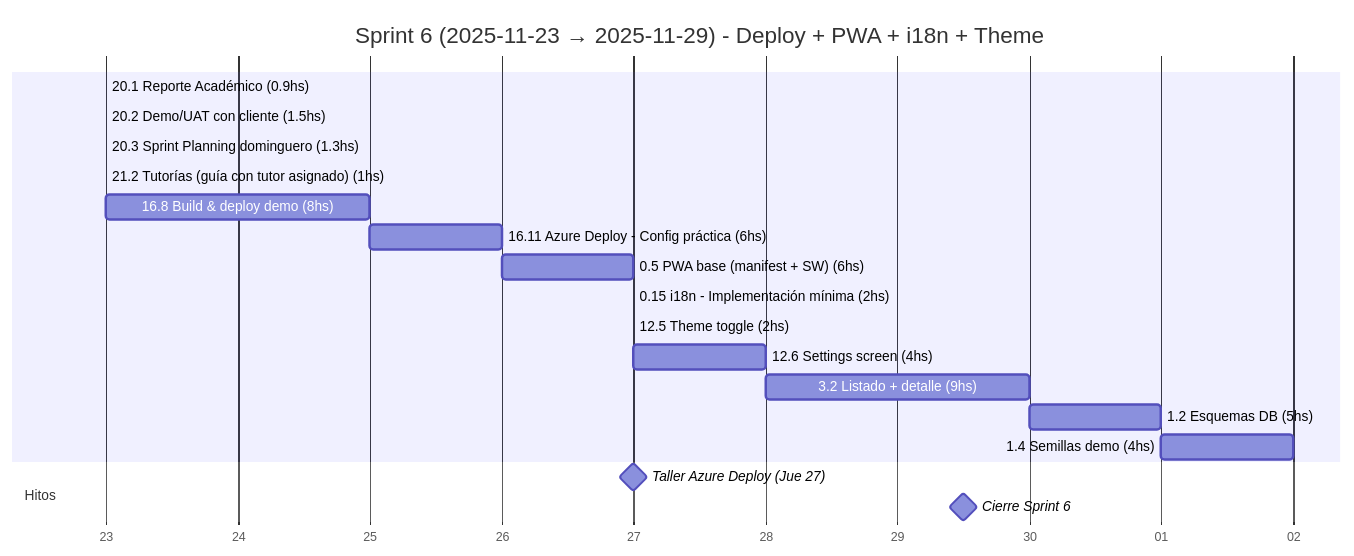
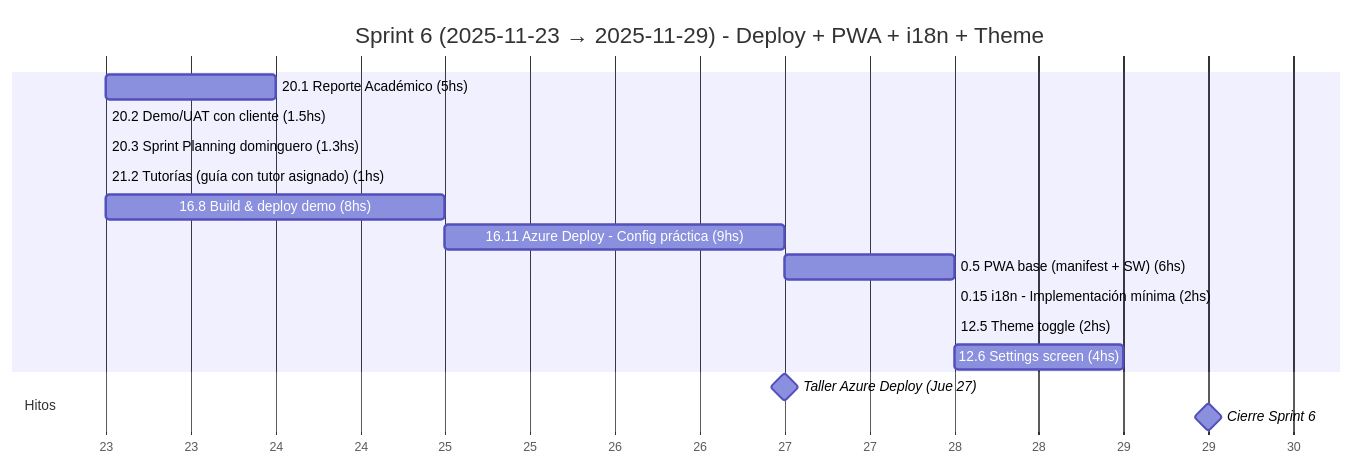
Before and after one commit to MarkMed/FleetMan: the seventh of 19 diagrams in docs/SprintsGantts.md, drawn with Mermaid. The commit also changed other lines of this file and 2 other files, not shown here.

Commit message:
fix: update estimated hours and notes for Sprint #6 and WBS tasks to reflect accurate planning and recommendations

````diff
--- a/docs/SprintsGantts.md
+++ b/docs/SprintsGantts.md
@@ -181,27 +181,24 @@
 ```mermaid
 gantt
   title Sprint 6 (2025-11-23 → 2025-11-29) - Deploy + PWA + i18n + Theme
   dateFormat  YYYY-MM-DD
   axisFormat  %d
 
   %% Asumimos 5 h/día. Horas estimadas incluidas en el nombre.
-  %% ⚠️ Sprint sobrecargado (51.7hs vs 35hs objetivo). Priorizar deploy + UX core.
+  %% ⚠️ Sprint ligeramente sobrecargado (39.8hs vs 35hs objetivo).
 
-  20.1 Reporte Académico (0.9hs)               :t201, 2025-11-23, 0.18d
+  20.1 Reporte Académico (5hs)                 :t201, 2025-11-23, 1d
   20.2 Demo/UAT con cliente (1.5hs)            :t202, 2025-11-23, 0.3d
   20.3 Sprint Planning dominguero (1.3hs)      :t203, 2025-11-23, 0.26d
   21.2 Tutorías (guía con tutor asignado) (1hs) :t212, after t203, 0.2d
   16.8 Build & deploy demo (8hs)               :t168, after t212, 1.6d
-  16.11 Azure Deploy - Config práctica (6hs)   :t1611, after t168, 1.2d
+  16.11 Azure Deploy - Config práctica (9hs)   :t1611, after t168, 1.8d
   0.5 PWA base (manifest + SW) (6hs)           :t05, after t1611, 1.2d
   0.15 i18n - Implementación mínima (2hs)      :t015, after t05, 0.4d
   12.5 Theme toggle (2hs)                      :t125, after t015, 0.4d
   12.6 Settings screen (4hs)                   :t126, after t125, 0.8d
-  3.2 Listado + detalle (9hs)                  :t32, after t126, 1.8d
-  1.2 Esquemas DB (5hs)                        :t12, after t32, 1d
-  1.4 Semillas demo (4hs)                      :t14, after t12, 0.8d
 
   section Hitos
   Taller Azure Deploy (Jue 27)                 :milestone, taller, 2025-11-27, 0d
   Cierre Sprint 6                              :milestone, s6, 2025-11-29, 1d
 ```
````
